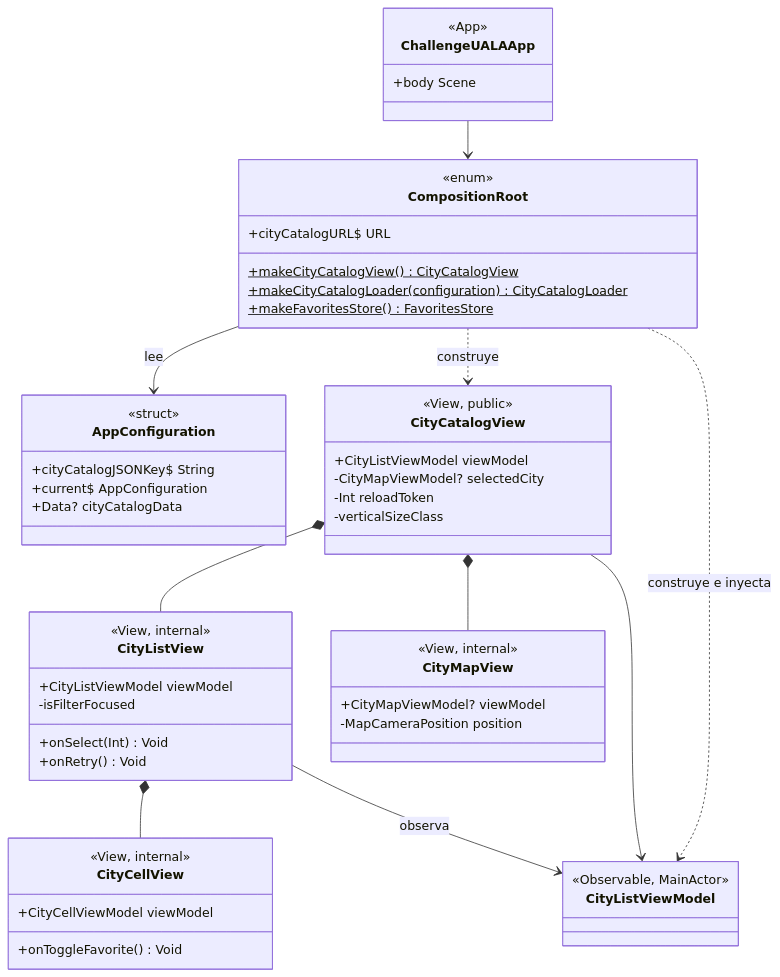
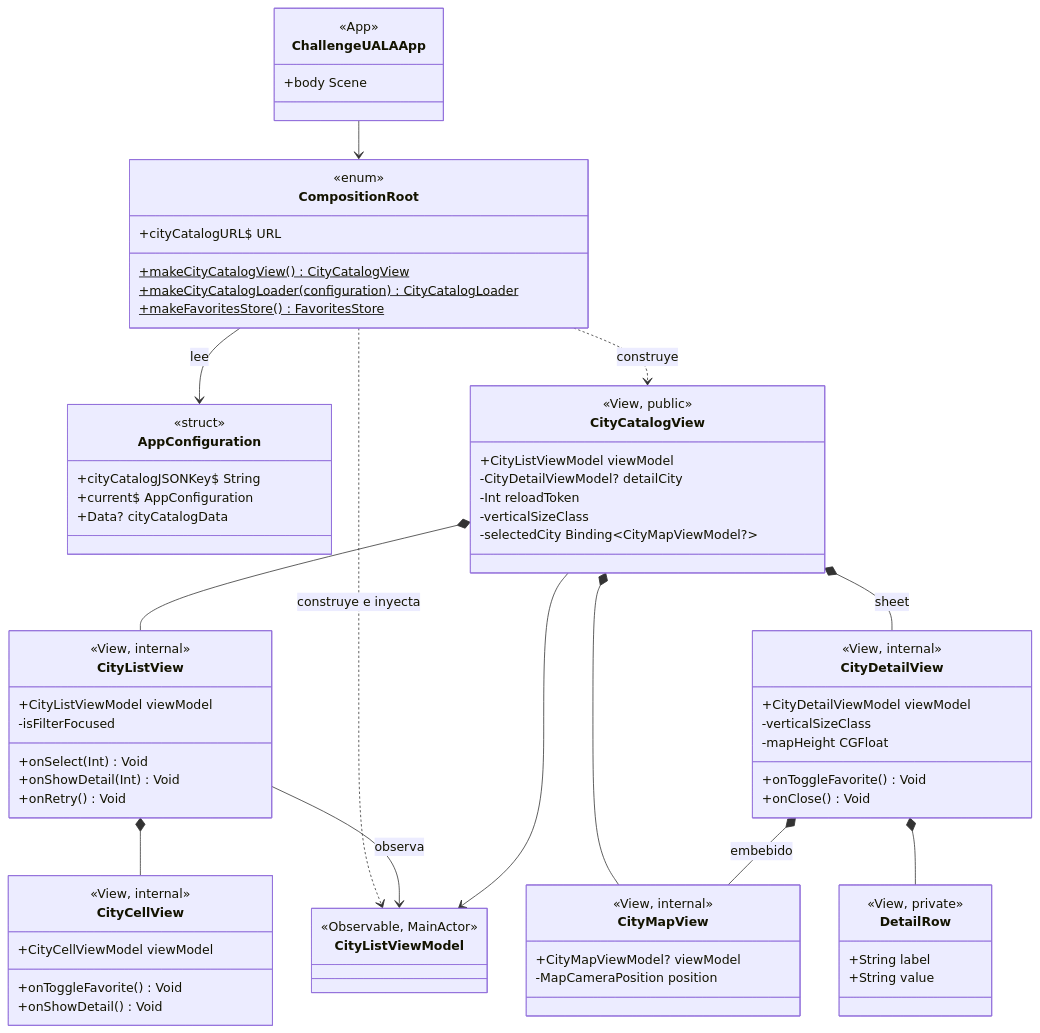
One commit to FranBazan11/ChallengeUALA changed the third of 11 diagrams in docs/ARQUITECTURA.md. Above: the diagram before and after it, drawn with Mermaid. The commit also changed other lines of this file, not shown here.

```diff
--- a/docs/ARQUITECTURA.md
+++ b/docs/ARQUITECTURA.md
@@ -325,15 +370,17 @@
     class CityCatalogView {
         <<View, public>>
         +CityListViewModel viewModel
-        -CityMapViewModel? selectedCity
+        -CityDetailViewModel? detailCity
         -Int reloadToken
         -verticalSizeClass
+        -selectedCity Binding~CityMapViewModel?~
     }
 
     class CityListView {
         <<View, internal>>
         +CityListViewModel viewModel
         +onSelect (Int) Void
+        +onShowDetail (Int) Void
         +onRetry () Void
         -isFilterFocused
     }
@@ -342,12 +389,28 @@
         <<View, internal>>
         +CityCellViewModel viewModel
         +onToggleFavorite () Void
+        +onShowDetail () Void
     }
 
     class CityMapView {
         <<View, internal>>
         +CityMapViewModel? viewModel
         -MapCameraPosition position
+    }
+
+    class CityDetailView {
+        <<View, internal>>
+        +CityDetailViewModel viewModel
+        +onToggleFavorite () Void
+        +onClose () Void
+        -verticalSizeClass
+        -mapHeight CGFloat
+    }
+
+    class DetailRow {
+        <<View, private>>
+        +String label
+        +String value
     }
 
     class CityListViewModel {
@@ -360,6 +423,9 @@
     CompositionRoot ..> CityListViewModel : construye e inyecta
     CityCatalogView *-- CityListView
     CityCatalogView *-- CityMapView
+    CityCatalogView *-- CityDetailView : sheet
+    CityDetailView *-- CityMapView : embebido
+    CityDetailView *-- DetailRow
     CityListView *-- CityCellView
     CityListView --> CityListViewModel : observa
     CityCatalogView --> CityListViewModel
```
